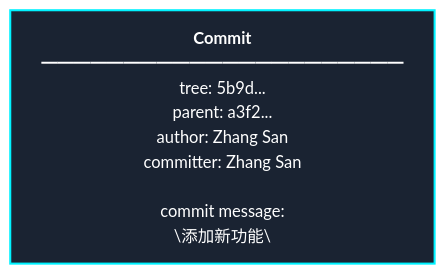
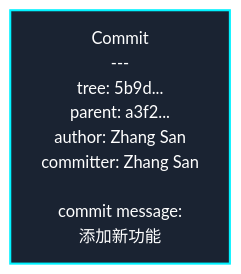
One commit to The-time-forever/The-time-forever.github.io changed the fifth of 23 diagrams in _posts/2026-03-02-git完全指南.md. Above: the diagram before and after it, drawn with Mermaid. The commit also changed other lines of this file, not shown here.

First line of the commit message:
修复 Git 对象模型 Mermaid 语法错误

````diff
--- a/_posts/2026-03-02-git完全指南.md
+++ b/_posts/2026-03-02-git完全指南.md
@@ -79,6 +79,6 @@
 ```mermaid
 graph TD
-    Commit["<b>Commit</b><br/>━━━━━━━━━━━━━━━━━━━━━━<br/>tree: 5b9d...<br/>parent: a3f2...<br/>author: Zhang San<br/>committer: Zhang San<br/><br/>commit message:<br/>\"添加新功能\""]
+    Commit["Commit<br/>---<br/>tree: 5b9d...<br/>parent: a3f2...<br/>author: Zhang San<br/>committer: Zhang San<br/> <br/>commit message:<br/>添加新功能"]
 
     style Commit fill:#1a2332,stroke:#00f2ff,stroke-width:2px,color:#fff
 ```
````
